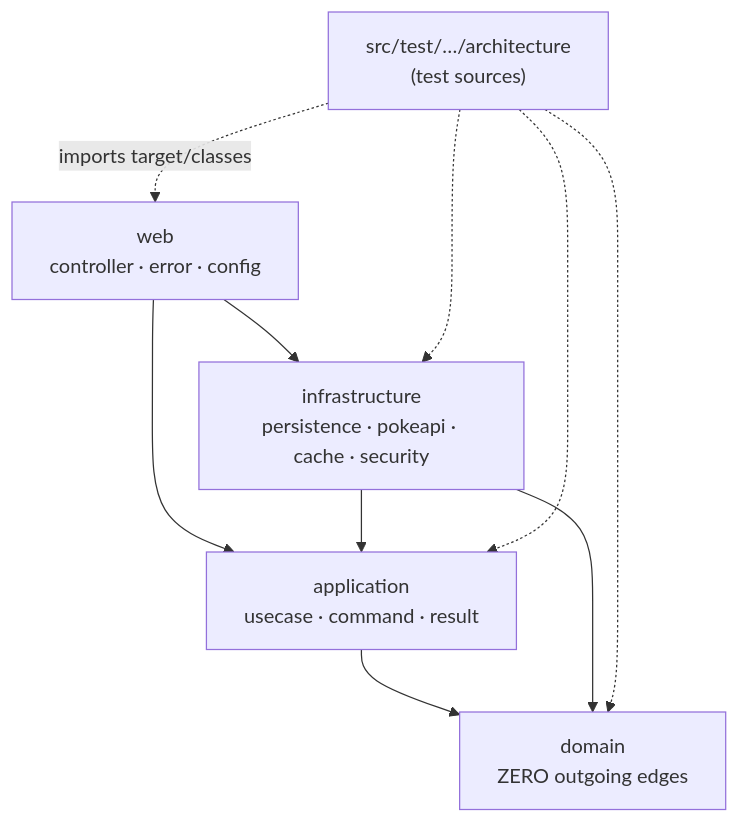
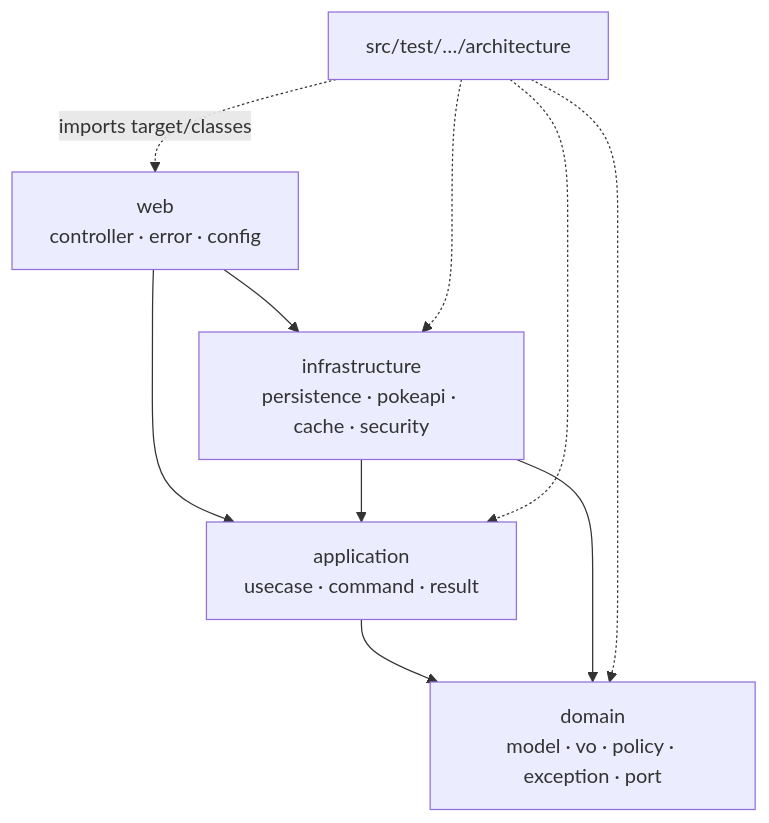
The second of 2 diagrams in docs/diagrams/package-dependencies.md (davidmtzenciso/pokedex-api), drawn with Mermaid before and after one commit. The commit also changed other lines of this file and 41 other files, not shown here.

````diff
--- a/docs/diagrams/package-dependencies.md
+++ b/docs/diagrams/package-dependencies.md
@@ -6,12 +32,12 @@
 ```mermaid
 graph TD
     WEB["web<br/>controller · error · config"] --> APP["application<br/>usecase · command · result"]
     WEB --> INFRA["infrastructure<br/>persistence · pokeapi · cache · security"]
     INFRA --> APP
-    APP --> DOM["domain<br/>ZERO outgoing edges"]
+    APP --> DOM["domain<br/>model · vo · policy · exception · port"]
     INFRA --> DOM
-    AT["src/test/…/architecture<br/>(test sources)"] -.->|"imports target/classes"| WEB
+    AT["src/test/…/architecture"] -.->|"imports target/classes"| WEB
     AT -.-> INFRA
     AT -.-> APP
     AT -.-> DOM
 ```
````
